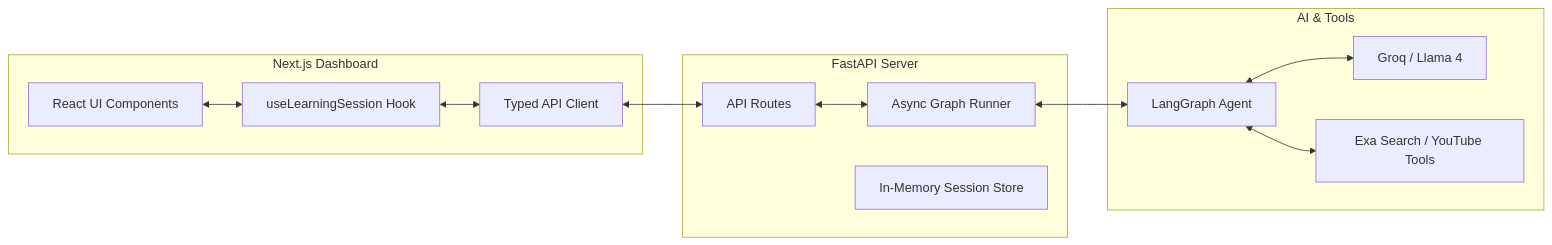
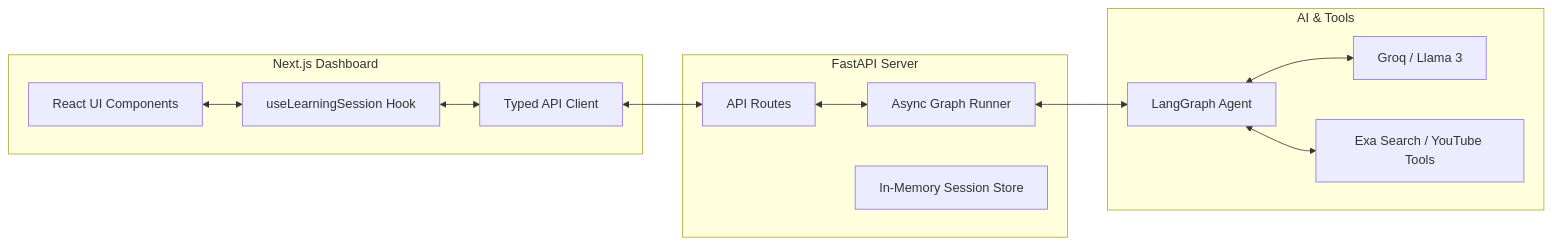
Before and after one commit to anish170805/gyanpath: the first of 2 diagrams in README.md, drawn with Mermaid. The commit also changed other lines of this file, not shown here.

````diff
--- a/README.md
+++ b/README.md
@@ -13,28 +13,28 @@
 ```mermaid
 graph LR
     subgraph Frontend [Next.js Dashboard]
         UI[React UI Components]
         Hook[useLearningSession Hook]
         API_Client[Typed API Client]
     end
 
     subgraph Backend [FastAPI Server]
         Routes[API Routes]
         Runner[Async Graph Runner]
         Store[In-Memory Session Store]
     end
 
     subgraph Intelligence [AI & Tools]
         LG[LangGraph Agent]
-        LLM[Groq / Llama 4]
+        LLM[Groq / Llama 3]
         Tools[Exa Search / YouTube Tools]
     end
 
     UI <--> Hook
     Hook <--> API_Client
     API_Client <--> Routes
     Routes <--> Runner
     Runner <--> LG
     LG <--> LLM
     LG <--> Tools
 ```
````
